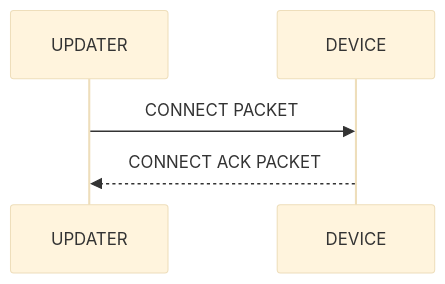
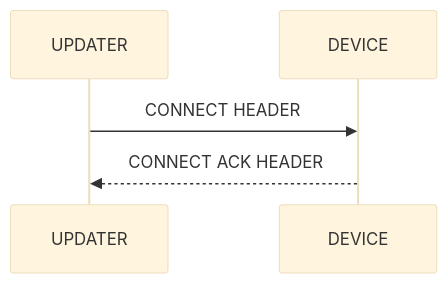
The diagram in doc/dust/README.md (PanBabinicz/ghost-feather), drawn with Mermaid (base theme) before and after one commit. The commit also changed other lines of this file, not shown here.

````diff
--- a/doc/dust/README.md
+++ b/doc/dust/README.md
@@ -71,5 +93,5 @@
 ```mermaid
 sequenceDiagram
-    UPDATER->>DEVICE: CONNECT PACKET
-    DEVICE-->>UPDATER: CONNECT ACK PACKET
+    UPDATER->>DEVICE: CONNECT HEADER
+    DEVICE-->>UPDATER: CONNECT ACK HEADER
 ```
````
